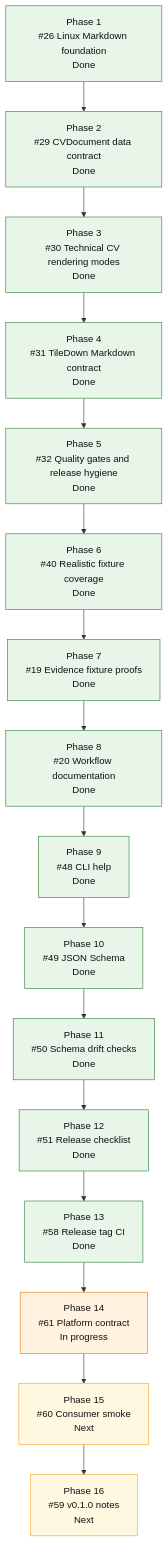
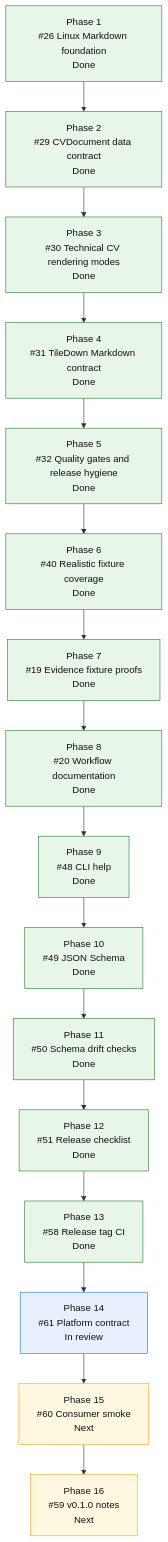
Before and after one commit to mihaelamj/cvbuilder: the diagram in README.md, drawn with Mermaid. The commit also changed 1 other file, not shown here.

Commit message:
docs(roadmap): mark platform contract in review

````diff
--- a/README.md
+++ b/README.md
@@ -167,32 +167,32 @@
 ```mermaid
 flowchart TD
     P1["Phase 1<br/>#26 Linux Markdown foundation<br/>Done"]
     P2["Phase 2<br/>#29 CVDocument data contract<br/>Done"]
     P3["Phase 3<br/>#30 Technical CV rendering modes<br/>Done"]
     P4["Phase 4<br/>#31 TileDown Markdown contract<br/>Done"]
     P5["Phase 5<br/>#32 Quality gates and release hygiene<br/>Done"]
     P6["Phase 6<br/>#40 Realistic fixture coverage<br/>Done"]
     P7["Phase 7<br/>#19 Evidence fixture proofs<br/>Done"]
     P8["Phase 8<br/>#20 Workflow documentation<br/>Done"]
     P9["Phase 9<br/>#48 CLI help<br/>Done"]
     P10["Phase 10<br/>#49 JSON Schema<br/>Done"]
     P11["Phase 11<br/>#50 Schema drift checks<br/>Done"]
     P12["Phase 12<br/>#51 Release checklist<br/>Done"]
     P13["Phase 13<br/>#58 Release tag CI<br/>Done"]
-    P14["Phase 14<br/>#61 Platform contract<br/>In progress"]
+    P14["Phase 14<br/>#61 Platform contract<br/>In review"]
     P15["Phase 15<br/>#60 Consumer smoke<br/>Next"]
     P16["Phase 16<br/>#59 v0.1.0 notes<br/>Next"]
 
     P1 --> P2 --> P3 --> P4 --> P5 --> P6 --> P7 --> P8 --> P9 --> P10 --> P11 --> P12 --> P13 --> P14 --> P15 --> P16
 
     classDef done fill:#e8f5e9,stroke:#2e7d32,color:#111;
     classDef active fill:#fff3e0,stroke:#ef6c00,color:#111;
     classDef review fill:#e8f0fe,stroke:#1a73e8,color:#111;
     classDef next fill:#fff8e1,stroke:#f9a825,color:#111;
     classDef partial fill:#e0f7fa,stroke:#00838f,color:#111;
     classDef todo fill:#eef3ff,stroke:#3367d6,color:#111;
     class P1,P2,P3,P4 done;
     class P5,P6,P7,P8,P9,P10,P11,P12,P13 done;
-    class P14 active;
+    class P14 review;
     class P15,P16 next;
 ```
````
